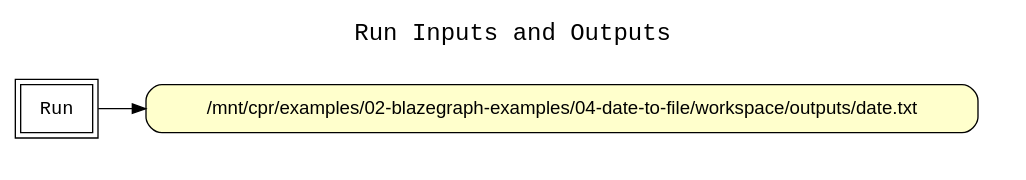
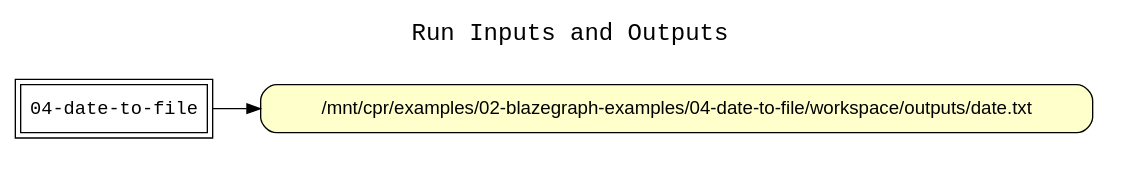
Before and after one commit to CIRSS/cpr: the diagram in examples/02-blazegraph-examples/04-date-to-file/run/graph-1.gv, drawn with Graphviz. The commit also changed other lines of this file and 58 other files, not shown here.

```diff
--- a/examples/02-blazegraph-examples/04-date-to-file/run/graph-1.gv
+++ b/examples/02-blazegraph-examples/04-date-to-file/run/graph-1.gv
@@ -1,30 +1,31 @@
+
 
 digraph cpr_run {
 rankdir=LR
 fontname=Courier; fontsize=18; labelloc=t
 label="Run Inputs and Outputs"
 
 node[shape=box style="filled" fillcolor="#FFFFFF" peripheries=2 fontname=Courier]
-Run
+"run" [label="04-date-to-file"]
 
 subgraph cluster_input_files { label=""; color=white; penwidth=0
 subgraph cluster_input_files_inner { label=""; color=white
 node[shape=box style="rounded,filled" fillcolor="#FFFFCC" peripheries=1 fontname=Helvetica]
 
 }}
 
 
 
 subgraph cluster_output_files { label=""; color=white; penwidth=0
 subgraph cluster_output_files_inner { label=""; color=white
 node[shape=box style="rounded,filled" fillcolor="#FFFFCC" peripheries=1 fontname=Helvetica]
 
 "/mnt/cpr/examples/02-blazegraph-examples/04-date-to-file/workspace/outputs/date.txt" [label="/mnt/cpr/examples/02-blazegraph-examples/04-date-to-file/workspace/outputs/date.txt"]
 
 }}
 
 
-"Run" -> "/mnt/cpr/examples/02-blazegraph-examples/04-date-to-file/workspace/outputs/date.txt"
+"run" -> "/mnt/cpr/examples/02-blazegraph-examples/04-date-to-file/workspace/outputs/date.txt"
 
 
 }
```
